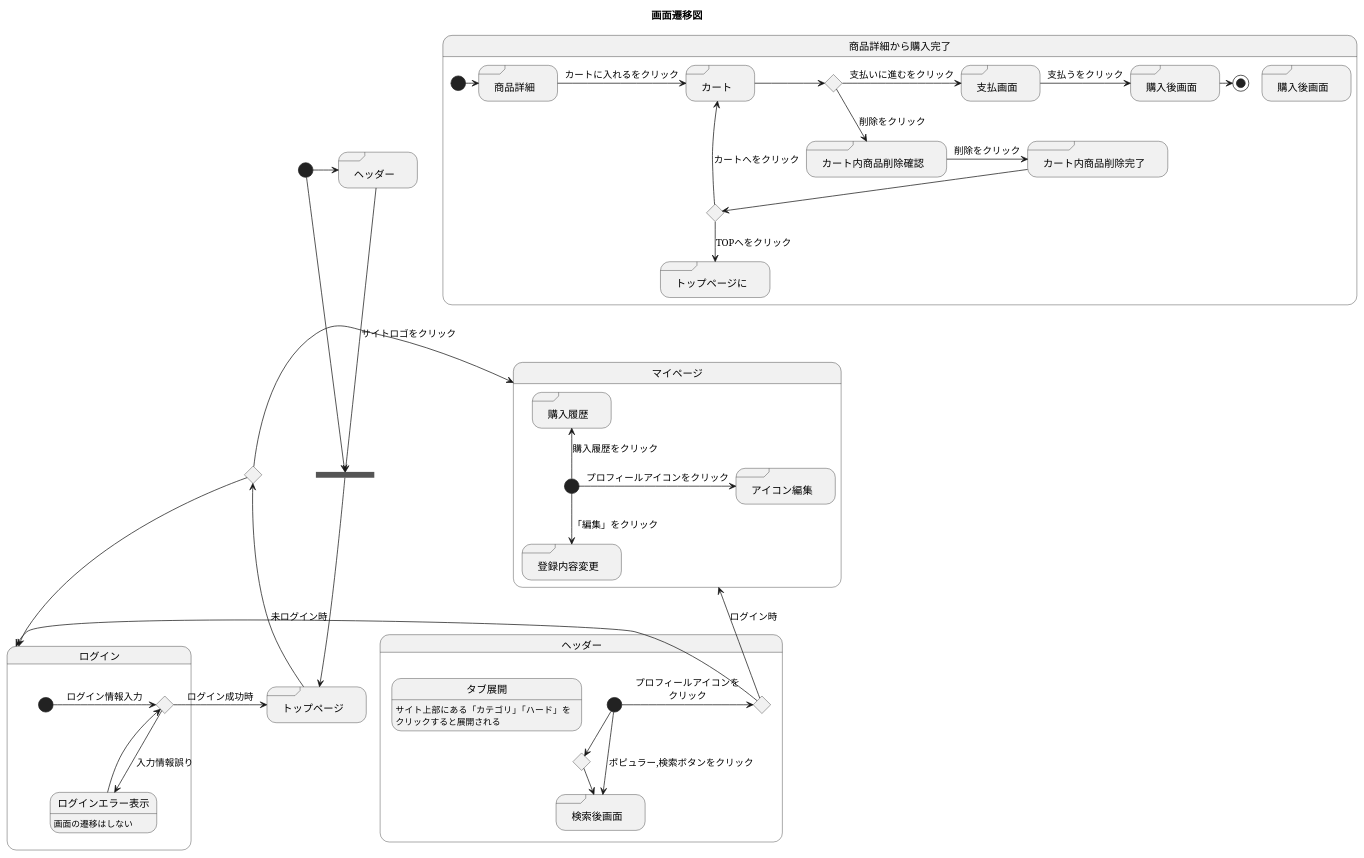
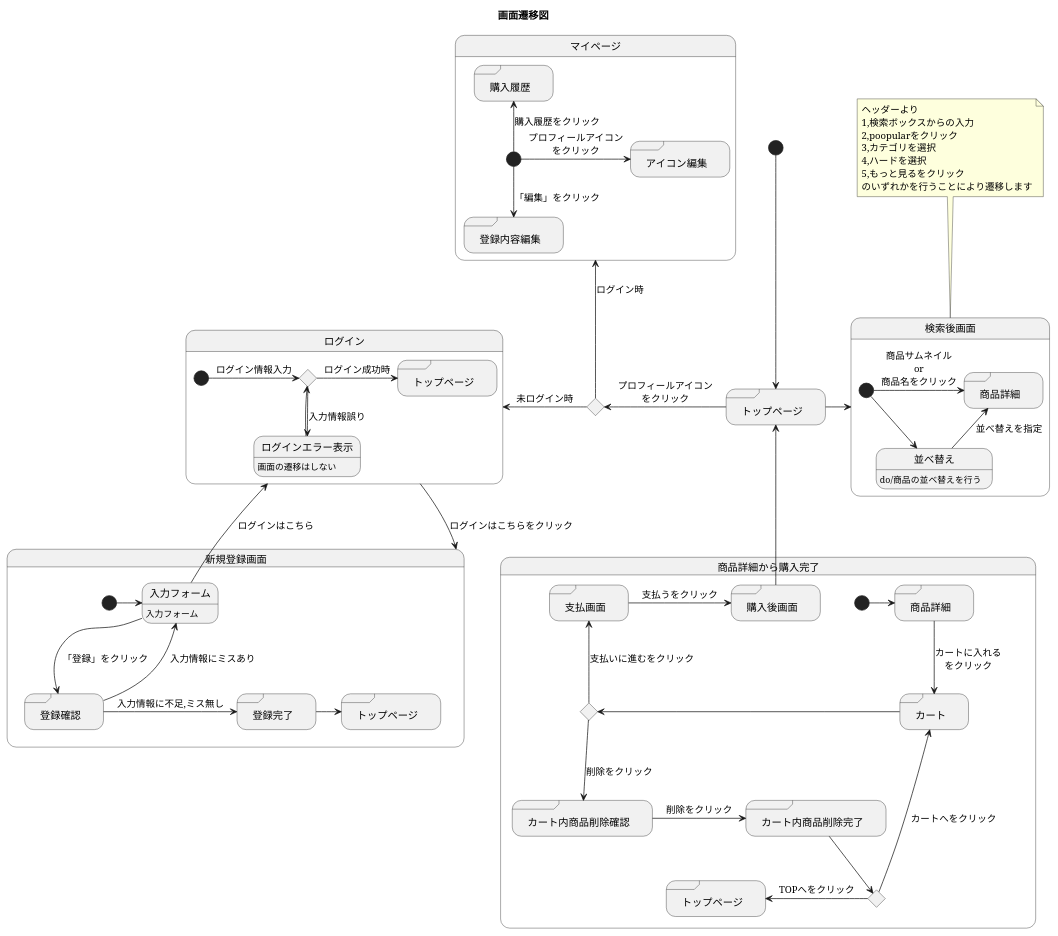
Before and after one commit to akutori/T-D-E: the diagram in UML.md, drawn with PlantUML.

Commit message:
全体画面遷移図を完成これを持ってVar.1.0とする

````diff
--- a/UML.md
+++ b/UML.md
@@ -2,73 +2,67 @@
 @startuml
 title 画面遷移図
 state ifmain <<choice>>
-state joinmain <<join>>
-'state "ログイン" as login <<sdlreceive>>
-'state "カート" as cart <<sdlreceive>>
-'state "商品詳細" as detail <<sdlreceive>>
 state "トップページ" as main <<sdlreceive>>
-'state "登録完了" as completionofregistration <<sdlreceive>>
-'state "検索後画面" as search <<sdlreceive>>
-state "ヘッダー" as headder <<sdlreceive>>
 
-
-
-[*]-->joinmain
-[*]->headder
-
-headder->joinmain : サイトロゴをクリック
-joinmain --> main
-main -left-> ifmain
-ifmain -> マイページ
-ifmain --> ログイン
-
-state ヘッダー{
-    'state "ログイン" as logininheadder <<sdlreceive>>
-    state ifheadder <<choice>>
-    state ifheadder1 <<choice>>
-    state "検索後画面" as searchinheadder <<sdlreceive>>
-    state タブ展開:サイト上部にある「カテゴリ」「ハード」を\nクリックすると展開される
-
-    [*]->ifheadder : プロフィールアイコンを\nクリック
-    ifheadder->ログイン : 未ログイン時
-    ifheadder-up->マイページ : ログイン時
-
-    [*]-->searchinheadder :ポピュラー,検索ボタンをクリック
-    [*]-right->ifheadder1 : カテゴリ,ハードをクリック
-    ifheadder1 -> searchinheadder : 項目をクリック
-}
+[*]--> main
+main -left-> ifmain : プロフィールアイコン\nをクリック
+ifmain -up-> マイページ :ログイン時
+ifmain -left->ログイン :未ログイン時
+ログイン-->新規登録画面 :ログインはこちらをクリック
+main->検索後画面
+note top of 検索後画面
+ヘッダーより
+1,検索ボックスからの入力
+2,poopularをクリック
+3,カテゴリを選択
+4,ハードを選択
+5,もっと見るをクリック
+のいずれかを行うことにより遷移します
+end note
 
 state ログイン{
     state iflogin <<choice>>
     state ログインエラー表示:画面の遷移はしない
+state "トップページ" as maininlogin <<sdlreceive>>
 
     [*]-> iflogin : ログイン情報入力
     iflogin -up-> ログインエラー表示 : 入力情報誤り
     ログインエラー表示 -up-> iflogin
-    iflogin -> main : ログイン成功時
+    iflogin -> maininlogin : ログイン成功時
 }
+
+state 検索後画面{
+state "商品詳細" as serchdetail <<sdlreceive>>
+state 並べ替え :do/商品の並べ替えを行う
+[*]-> serchdetail : 商品サムネイル\nor\n商品名をクリック
+[*]--> 並べ替え 
+並べ替え-up-> serchdetail :並べ替えを指定
+
+}
+
+
 state 商品詳細から購入完了{
     state if1 <<choice>>
     state if11 <<choice>>
     state "商品詳細" as detail1 <<sdlreceive>>
     state "カート" as cart1 <<sdlreceive>>
     state "支払画面" as cashregister1 <<sdlreceive>>
-    state "購入後画面" as completion1 <<sdlreceive>>
     state "カート内商品削除確認" as deletegodds <<sdlreceive>>
     state "カート内商品削除完了" as deleteafter <<sdlreceive>>
     state "購入後画面" as buyafter <<sdlreceive>>
-    state "トップページに" as main1 <<sdlreceive>>
+    state "トップページ" as main1 <<sdlreceive>>
 
     [*]-> detail1
-    detail1 -> cart1 : カートに入れるをクリック
+    detail1 --> cart1 : カートに入れる\nをクリック
     cart1 -> if1
-    if1 -> cashregister1 : 支払いに進むをクリック
+    if1 -up-> cashregister1 : 支払いに進むをクリック
     cashregister1 -> buyafter : 支払うをクリック
-    buyafter -> [*]
+    buyafter -up-> main
+    
     if1 --> deletegodds : 削除をクリック
     deletegodds -> deleteafter : 削除をクリック
     deleteafter --> if11
-    if11 --> main1 : TOPへをクリック
+    if11 -left-> main1 : TOPへをクリック
     if11 --> cart1 : カートへをクリック
 
 }
@@ -76,11 +70,27 @@
 state マイページ{
 state "購入履歴" as bought <<sdlreceive>>
 state "アイコン編集" as icon <<sdlreceive>>
-state "登録内容変更" as change <<sdlreceive>>
+state "登録内容編集" as change <<sdlreceive>>
 
 [*]-up->bought : 購入履歴をクリック
 [*]-->change : 「編集」をクリック
-[*]->icon : プロフィールアイコンをクリック
+[*]->icon : プロフィールアイコン\nをクリック
+}
+
+
+state 新規登録画面{
+state "登録確認" as checkregist <<sdlreceive>>
+state "登録完了" as okregist <<sdlreceive>>
+state "トップページ" as maininregist <<sdlreceive>>
+'state "ログイン" as rogininregist <<sdlreceive>>
+state 入力フォーム:入力フォーム
+
+[*]->入力フォーム
+入力フォーム->checkregist : 「登録」をクリック
+入力フォーム -up-> ログイン : ログインはこちら
+checkregist -> okregist : 入力情報に不足,ミス無し
+okregist -> maininregist
+checkregist -up-> 入力フォーム : 入力情報にミスあり
 }
 @enduml
 ```
````
